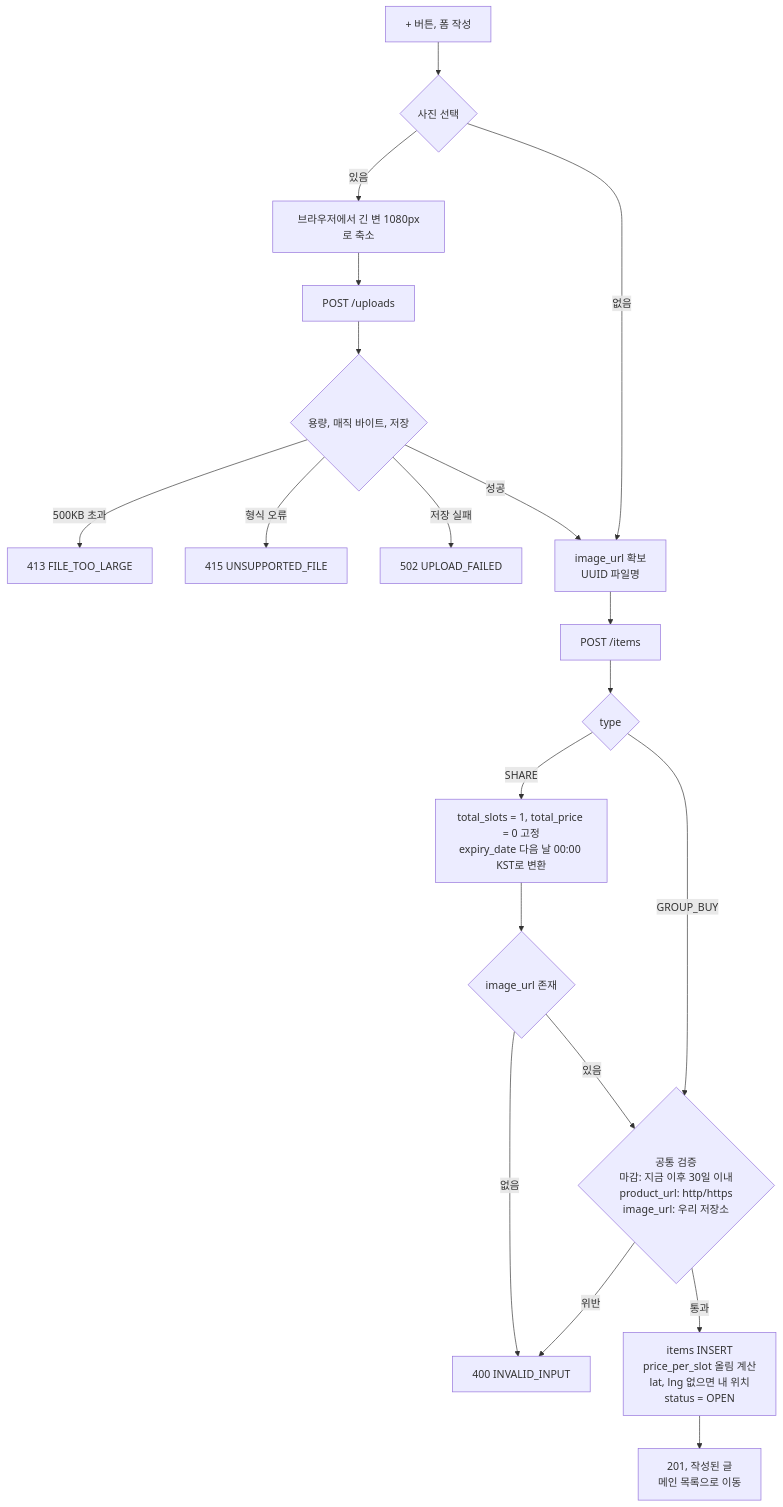
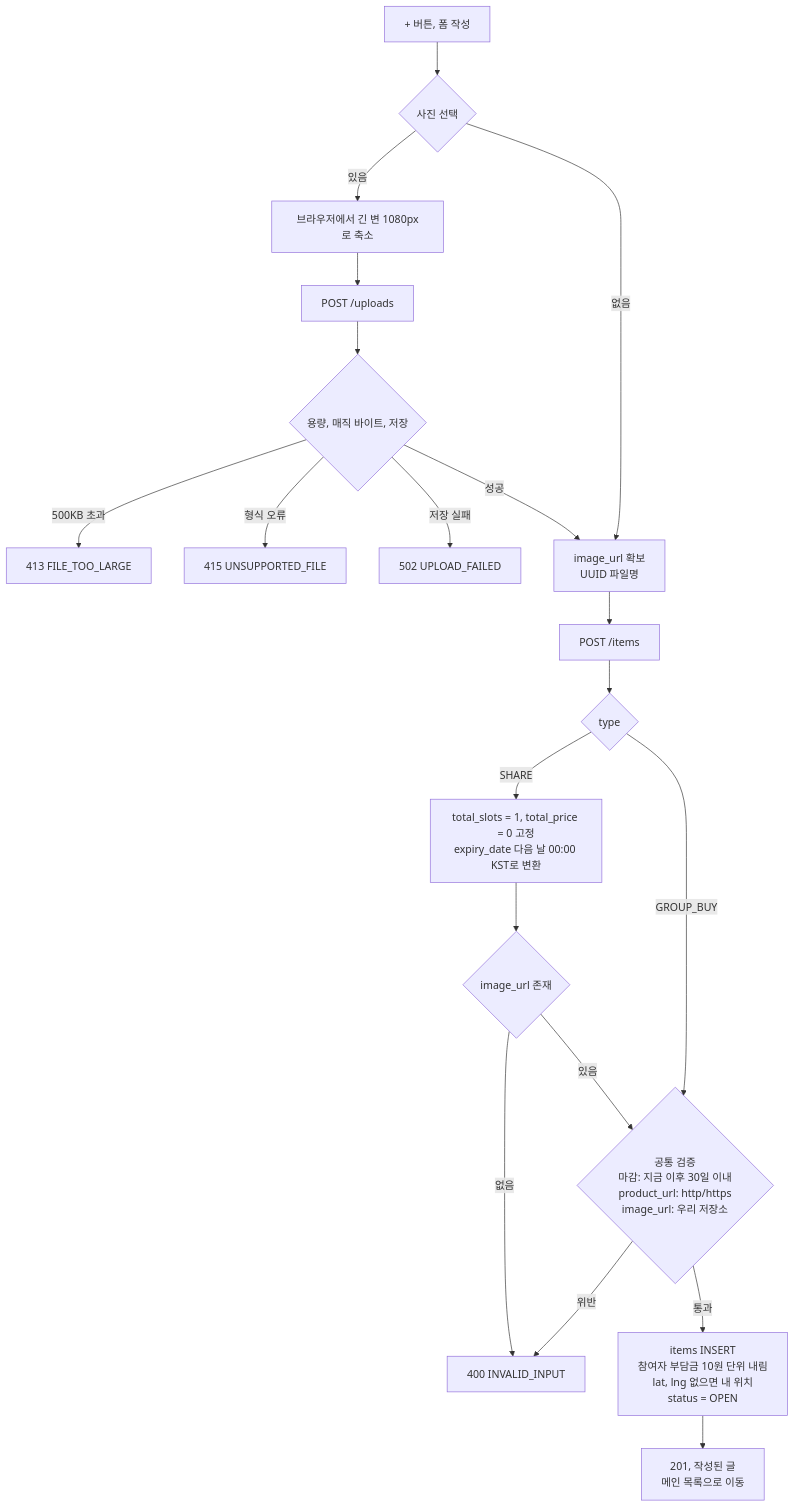
The fifth of 11 diagrams in gachi-spec.md (hgoose-avatye/together), drawn with Mermaid before and after one commit. The commit also changed other lines of this file and 2 other files, not shown here.

First line of the commit message:
기획서 v3.3: 부담금 규칙 변경

````diff
--- a/gachi-spec.md
+++ b/gachi-spec.md
@@ -469,22 +473,22 @@
 ```mermaid
 flowchart TD
     A["+ 버튼, 폼 작성"] --> P{"사진 선택"}
     P -->|"있음"| U["브라우저에서 긴 변 1080px로 축소"]
     U --> U1["POST /uploads"]
     U1 --> U2{"용량, 매직 바이트, 저장"}
     U2 -->|"500KB 초과"| U3["413 FILE_TOO_LARGE"]
     U2 -->|"형식 오류"| U4["415 UNSUPPORTED_FILE"]
     U2 -->|"저장 실패"| U5["502 UPLOAD_FAILED"]
     U2 -->|"성공"| B["image_url 확보<br/>UUID 파일명"]
     P -->|"없음"| B
     B --> C["POST /items"]
     C --> D{"type"}
     D -->|"SHARE"| E["total_slots = 1, total_price = 0 고정<br/>expiry_date 다음 날 00:00 KST로 변환"]
     E --> E1{"image_url 존재"}
     E1 -->|"없음"| X["400 INVALID_INPUT"]
     E1 -->|"있음"| F
     D -->|"GROUP_BUY"| F{"공통 검증<br/>마감: 지금 이후 30일 이내<br/>product_url: http/https<br/>image_url: 우리 저장소"}
     F -->|"위반"| X
-    F -->|"통과"| G["items INSERT<br/>price_per_slot 올림 계산<br/>lat, lng 없으면 내 위치<br/>status = OPEN"]
+    F -->|"통과"| G["items INSERT<br/>참여자 부담금 10원 단위 내림<br/>lat, lng 없으면 내 위치<br/>status = OPEN"]
     G --> H["201, 작성된 글<br/>메인 목록으로 이동"]
 ```
````
